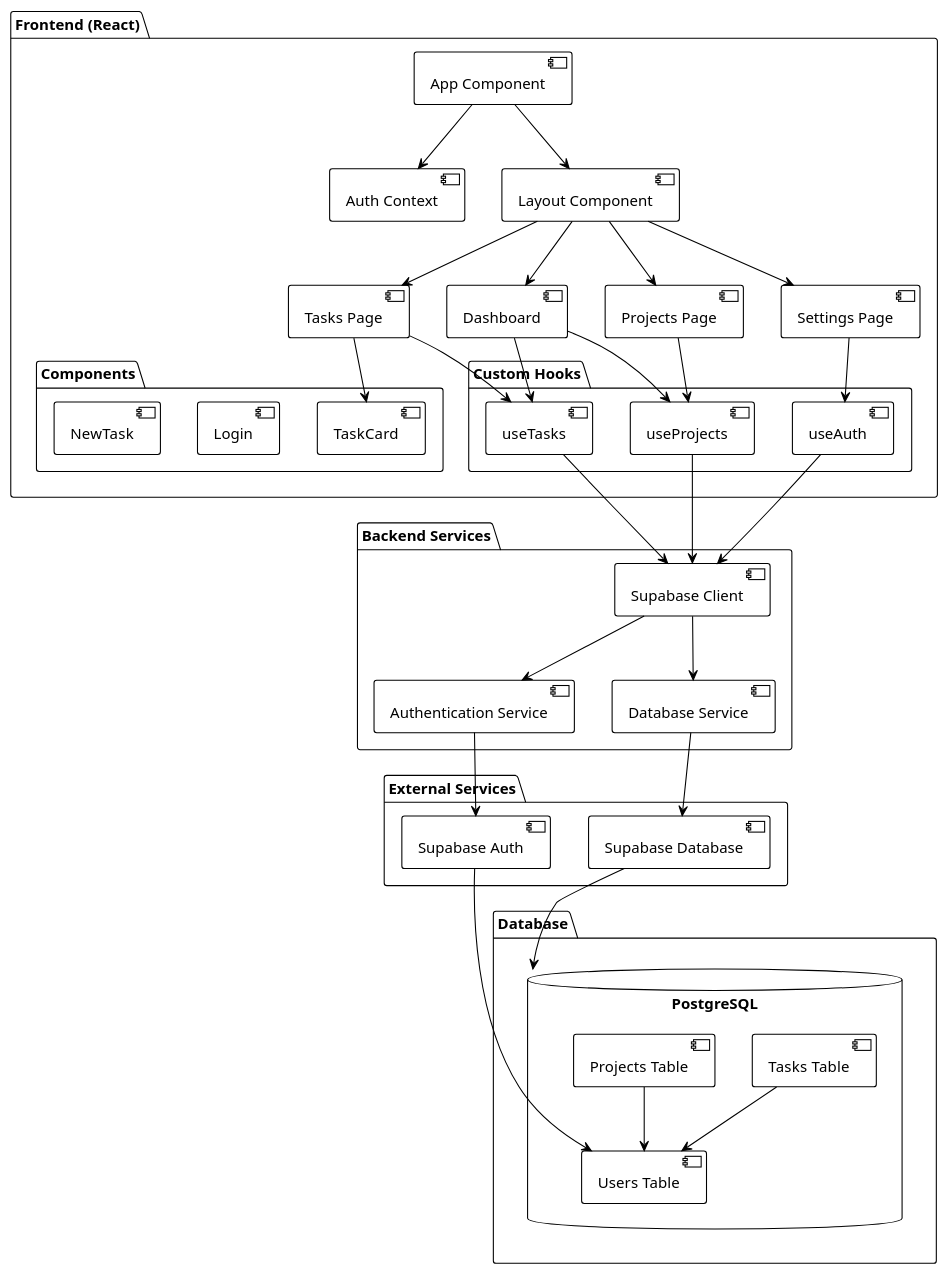
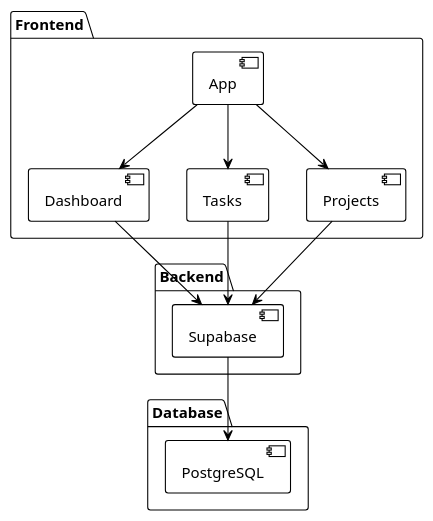
Before and after one commit to Karthik7664/task_management: the diagram in docs/diagrams/component-diagram.puml, drawn with PlantUML. The commit also changed 4 other files, not shown here.

Commit message:
Simplify UML Diagrams

```diff
--- a/docs/diagrams/component-diagram.puml
+++ b/docs/diagrams/component-diagram.puml
@@ -1,77 +1,28 @@
 @startuml
 !theme plain
 skinparam backgroundColor white
 
-package "Frontend (React)" {
-  component [App Component] as App
-  component [Auth Context] as Auth
-  component [Layout Component] as Layout
+package "Frontend" {
+  component [App] as App
   component [Dashboard] as Dashboard
-  component [Tasks Page] as Tasks
-  component [Projects Page] as Projects
-  component [Settings Page] as Settings
-  
-  package "Custom Hooks" {
-    component [useTasks] as HookTasks
-    component [useProjects] as HookProjects
-    component [useAuth] as HookAuth
-  }
-  
-  package "Components" {
-    component [TaskCard] as TaskCard
-    component [Login] as Login
-    component [NewTask] as NewTask
-  }
+  component [Tasks] as Tasks
+  component [Projects] as Projects
 }
 
-package "Backend Services" {
-  component [Supabase Client] as SupabaseClient
-  component [Authentication Service] as AuthService
-  component [Database Service] as DBService
+package "Backend" {
+  component [Supabase] as Supabase
 }
 
 package "Database" {
-  database [PostgreSQL] as DB {
-    component [Users Table] as UsersTable
-    component [Tasks Table] as TasksTable
-    component [Projects Table] as ProjectsTable
-  }
+  database [PostgreSQL] as DB
 }
 
-package "External Services" {
-  component [Supabase Auth] as SupabaseAuth
-  component [Supabase Database] as SupabaseDB
-}
-
-' Connections
-App --> Auth
-App --> Layout
-Layout --> Dashboard
-Layout --> Tasks
-Layout --> Projects
-Layout --> Settings
-
-Dashboard --> HookTasks
-Dashboard --> HookProjects
-Tasks --> HookTasks
-Tasks --> TaskCard
-Projects --> HookProjects
-Settings --> HookAuth
-
-HookTasks --> SupabaseClient
-HookProjects --> SupabaseClient
-HookAuth --> SupabaseClient
-
-SupabaseClient --> AuthService
-SupabaseClient --> DBService
-
-AuthService --> SupabaseAuth
-DBService --> SupabaseDB
-
-SupabaseDB --> DB
-SupabaseAuth --> UsersTable
-
-TasksTable --> UsersTable
-ProjectsTable --> UsersTable
+App --> Dashboard
+App --> Tasks
+App --> Projects
+Dashboard --> Supabase
+Tasks --> Supabase
+Projects --> Supabase
+Supabase --> DB
 
 @enduml
```
